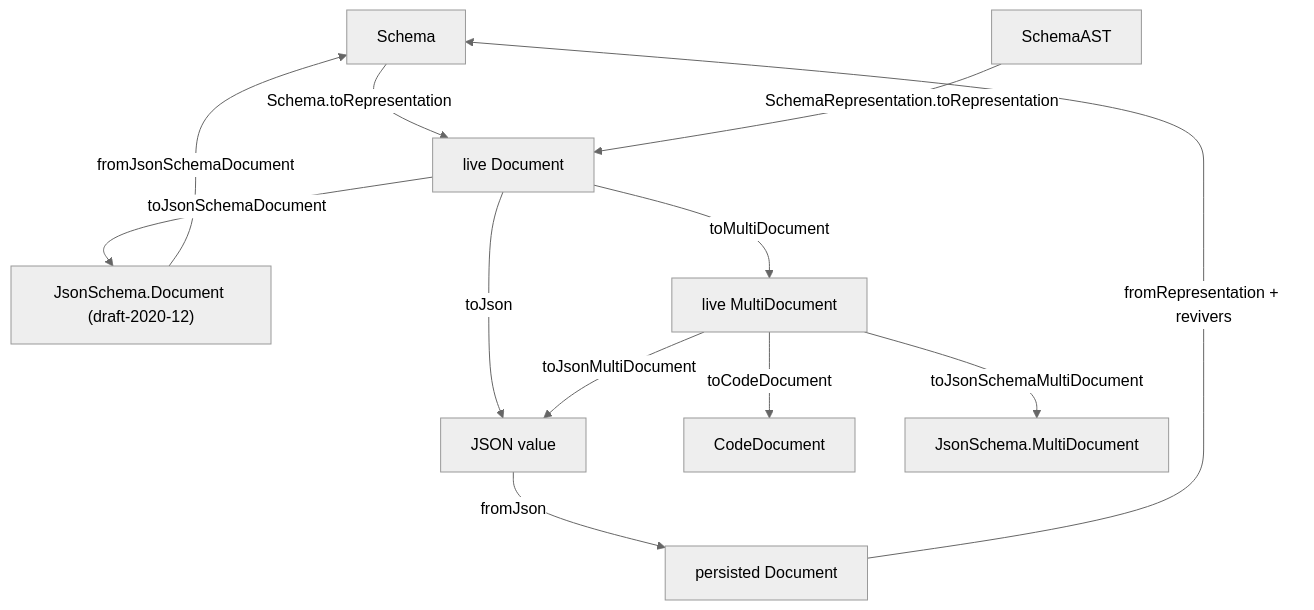
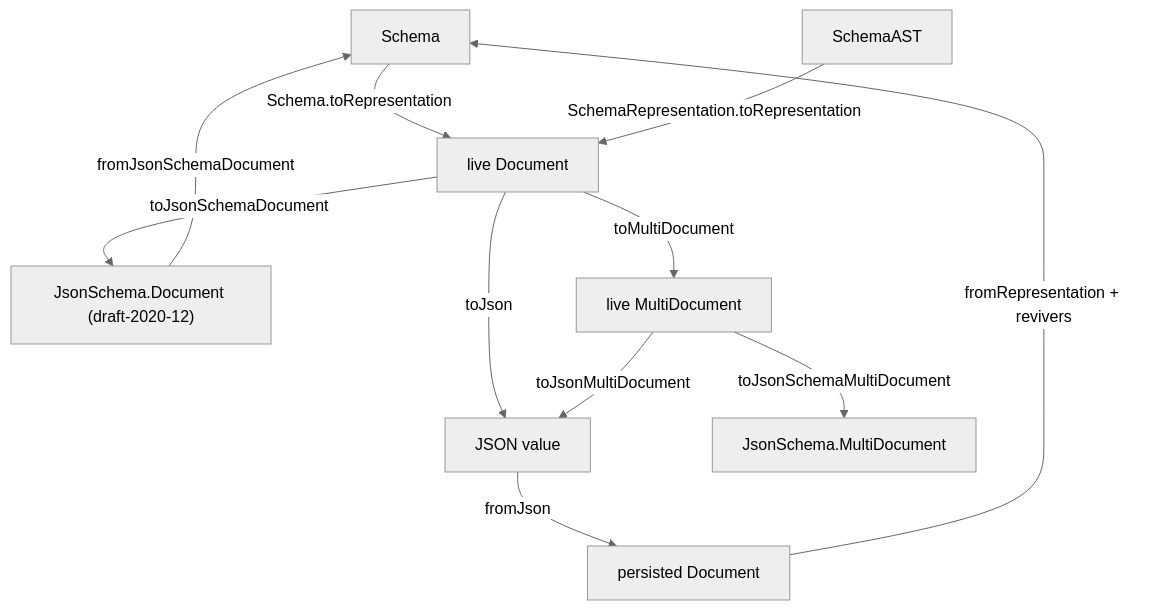
The first of 3 diagrams in packages/effect/SCHEMA.md (k3dom/pi-plugins), drawn with Mermaid (neutral theme) before and after one commit. The commit also changed other lines of this file and 682 other files, not shown here.

````diff
--- a/packages/effect/SCHEMA.md
+++ b/packages/effect/SCHEMA.md
@@ -6027,14 +6029,13 @@
 ```mermaid
 flowchart TD
     S[Schema] -->|Schema.toRepresentation|LD["live Document"]
     AST[SchemaAST] -->|SchemaRepresentation.toRepresentation|LD
     LD -->|toJson|JSON["JSON value"]
     JSON -->|fromJson|PD["persisted Document"]
     PD -->|"fromRepresentation + revivers"|S
     LD -->|toJsonSchemaDocument|JD["JsonSchema.Document (draft-2020-12)"]
     JD -->|fromJsonSchemaDocument|S
     LD -->|toMultiDocument|LMD["live MultiDocument"]
-    LMD -->|toCodeDocument|CodeDocument
     LMD -->|toJsonSchemaMultiDocument|JMD[JsonSchema.MultiDocument]
     LMD -->|toJsonMultiDocument|JSON
 ```
````
